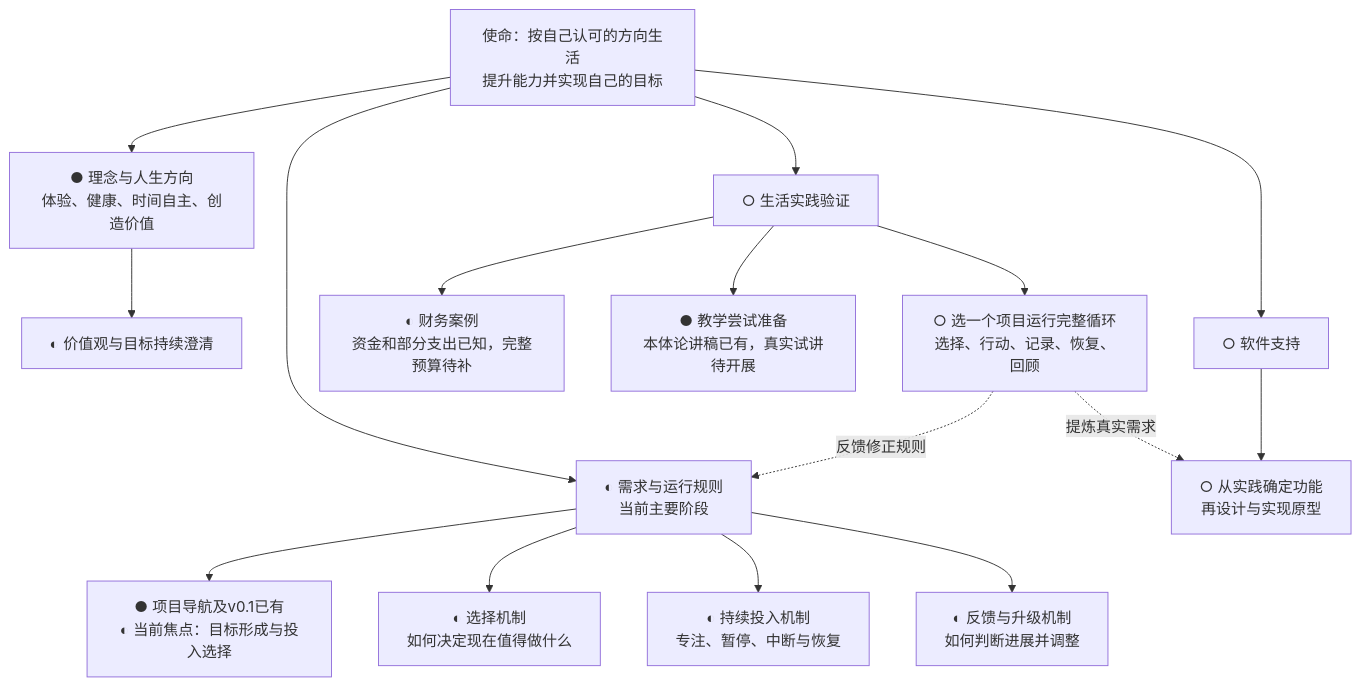
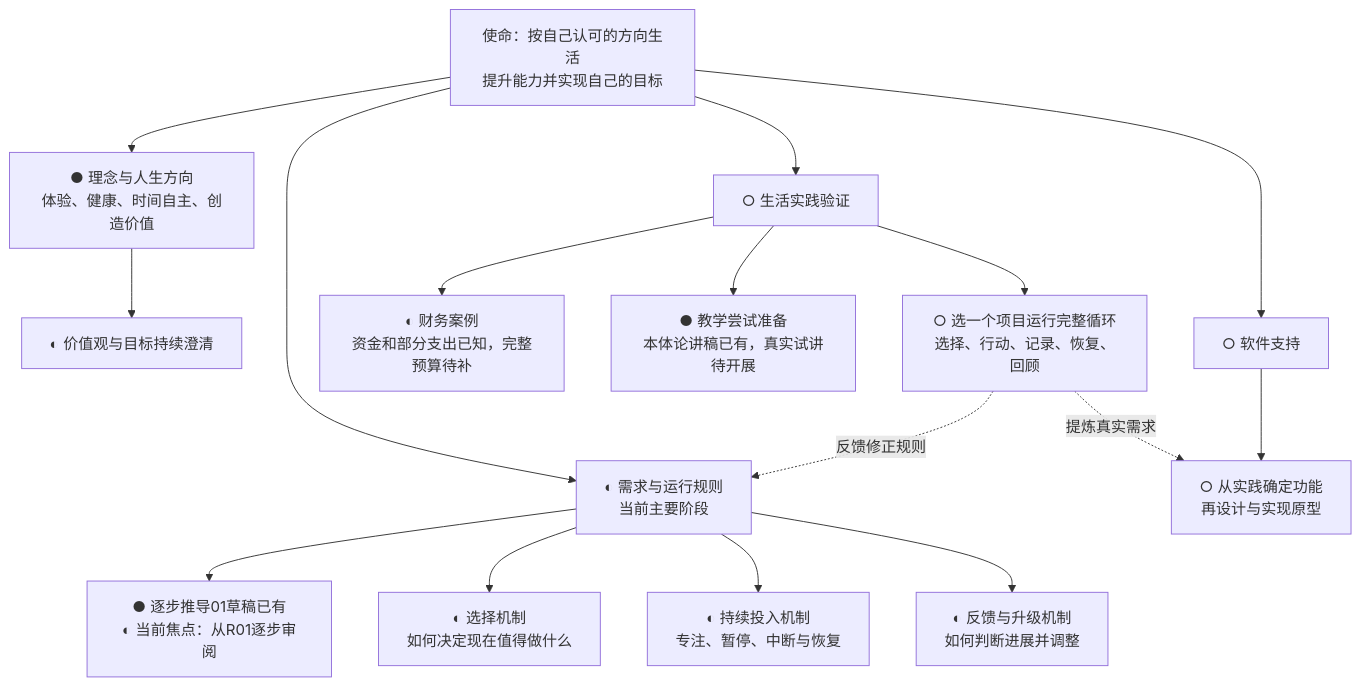
Before and after one commit to fangjiaqi2023-jpg/life-flywheel: the first of 2 diagrams in 项目/人生飞轮/项目推进图.md, drawn with Mermaid. The commit also changed other lines of this file, not shown here.

````diff
--- a/项目/人生飞轮/项目推进图.md
+++ b/项目/人生飞轮/项目推进图.md
@@ -11,22 +11,22 @@
 ```mermaid
 flowchart TD
     M[使命：按自己认可的方向生活<br/>提升能力并实现自己的目标]
     M --> A[● 理念与人生方向<br/>体验、健康、时间自主、创造价值]
     M --> B[◐ 需求与运行规则<br/>当前主要阶段]
     M --> C[○ 生活实践验证]
     M --> D[○ 软件支持]
 
     A --> A1[◐ 价值观与目标持续澄清]
-    B --> B0[● 项目导航及v0.1已有<br/>◐ 当前焦点：目标形成与投入选择]
+    B --> B0[● 逐步推导01草稿已有<br/>◐ 当前焦点：从R01逐步审阅]
     B --> B1[◐ 选择机制<br/>如何决定现在值得做什么]
     B --> B2[◐ 持续投入机制<br/>专注、暂停、中断与恢复]
     B --> B3[◐ 反馈与升级机制<br/>如何判断进展并调整]
 
     C --> C1[◐ 财务案例<br/>资金和部分支出已知，完整预算待补]
     C --> C2[● 教学尝试准备<br/>本体论讲稿已有，真实试讲待开展]
     C --> C3[○ 选一个项目运行完整循环<br/>选择、行动、记录、恢复、回顾]
     D --> D1[○ 从实践确定功能<br/>再设计与实现原型]
 
     C3 -.反馈修正规则.-> B
     C3 -.提炼真实需求.-> D1
 ```
````
